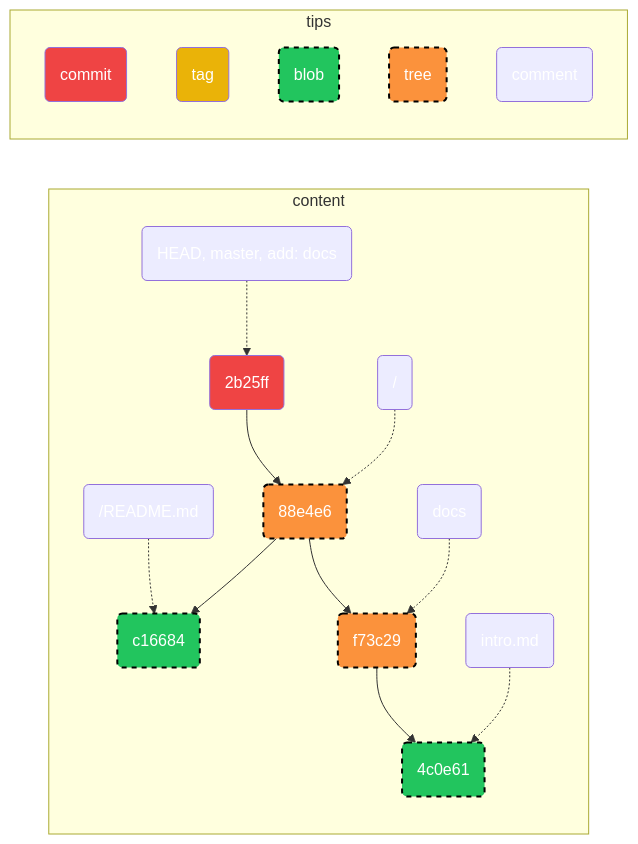
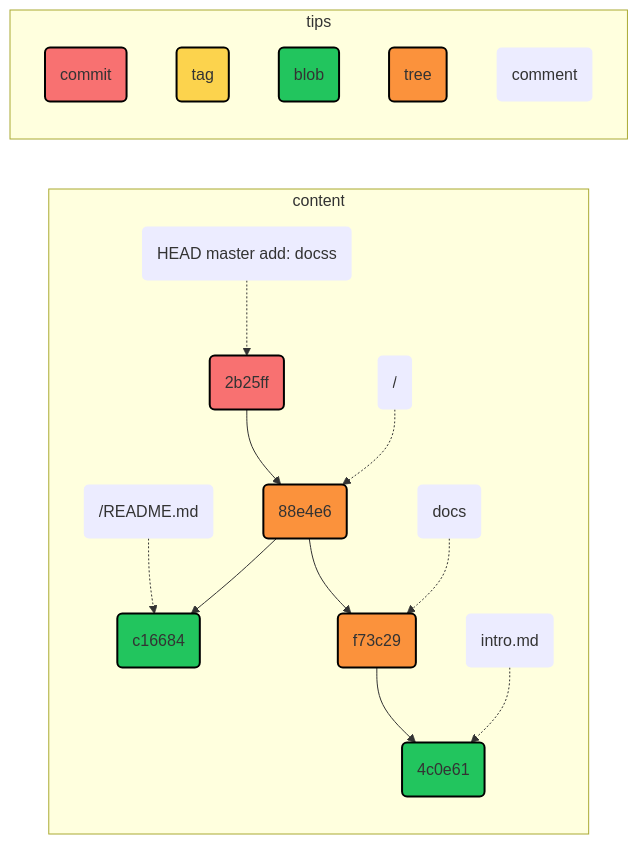
The first of 2 diagrams in docs/tools/git/02-git-objects.md (rainbowatcher/notes), drawn with Mermaid before and after one commit. The commit also changed other lines of this file and 13 other files, not shown here.

````diff
--- a/docs/tools/git/02-git-objects.md
+++ b/docs/tools/git/02-git-objects.md
@@ -207,34 +209,34 @@
 ```mermaid
 flowchart LR
 
-classDef tree    fill:#fb923c,stroke:#000,stroke-width:2px,color:#fff,stroke-dasharray: 5 5;
-classDef blob    fill:#22c55e,stroke:#000,stroke-width:2px,color:#fff,stroke-dasharray: 5 5;
-classDef tag     fill:#eab308,color:#fff;
-classDef commit  fill:#ef4444,color:#fff;
-classDef comment color:#fff;
+classDef tree    fill:#fb923c,stroke:#000,stroke-width:2px;
+classDef blob    fill:#22c55e,stroke:#000,stroke-width:2px;
+classDef tag     fill:#fcd34d,stroke:#000,stroke-width:2px;
+classDef commit  fill:#f87171,stroke:#000,stroke-width:2px;
+classDef comment stroke-width:0px;
 
 subgraph content
   root(88e4e6):::tree
   README(c16684):::blob
   docs(f73c29):::tree
   intro(4c0e61):::blob
   commit1(2b25ff):::commit
 
   D("/README.md"):::comment-.->README
   commit1-->root
   root-->docs & README
   docs-->intro
-  A("HEAD, master, add: docs"):::comment-.->commit1
+  A("HEAD master add: docss"):::comment-.->commit1
   B("/"):::comment-.->root
   C("docs"):::comment-.->docs
   E("intro.md"):::comment-.->intro
 end
 
 subgraph tips
   commit(commit):::commit
   tag(tag):::tag
   blob(blob):::blob
   tree(tree):::tree
   comment(comment):::comment
 end
 ```
````
